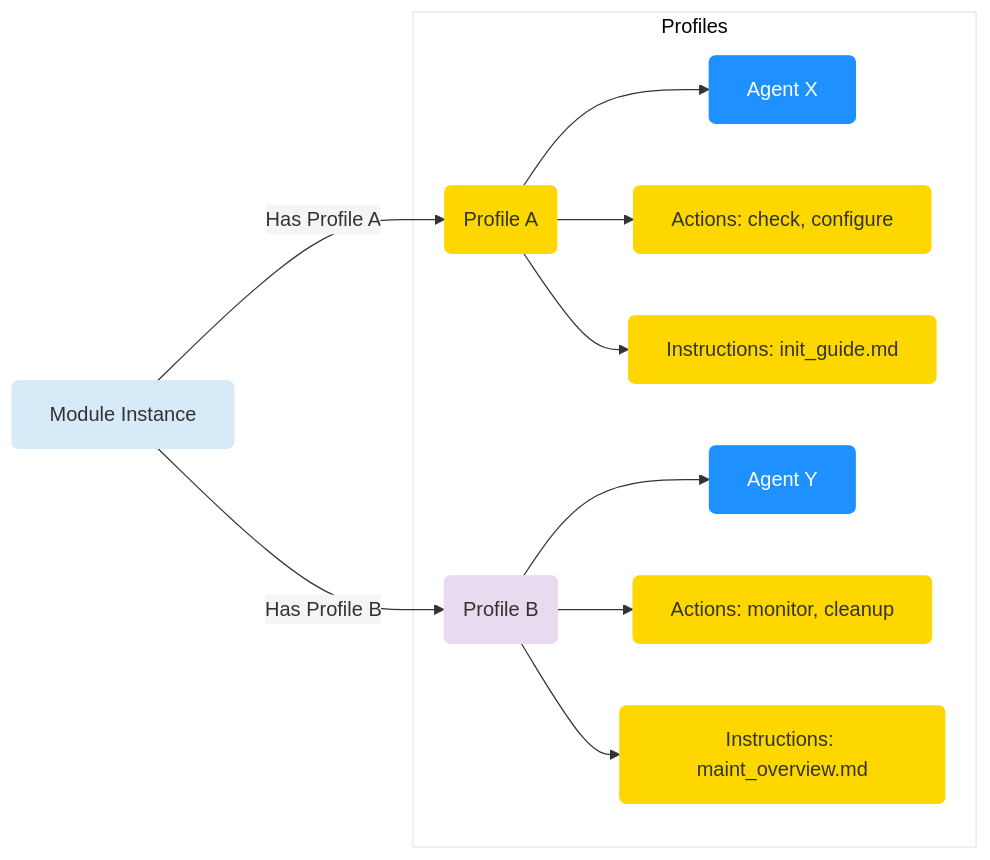
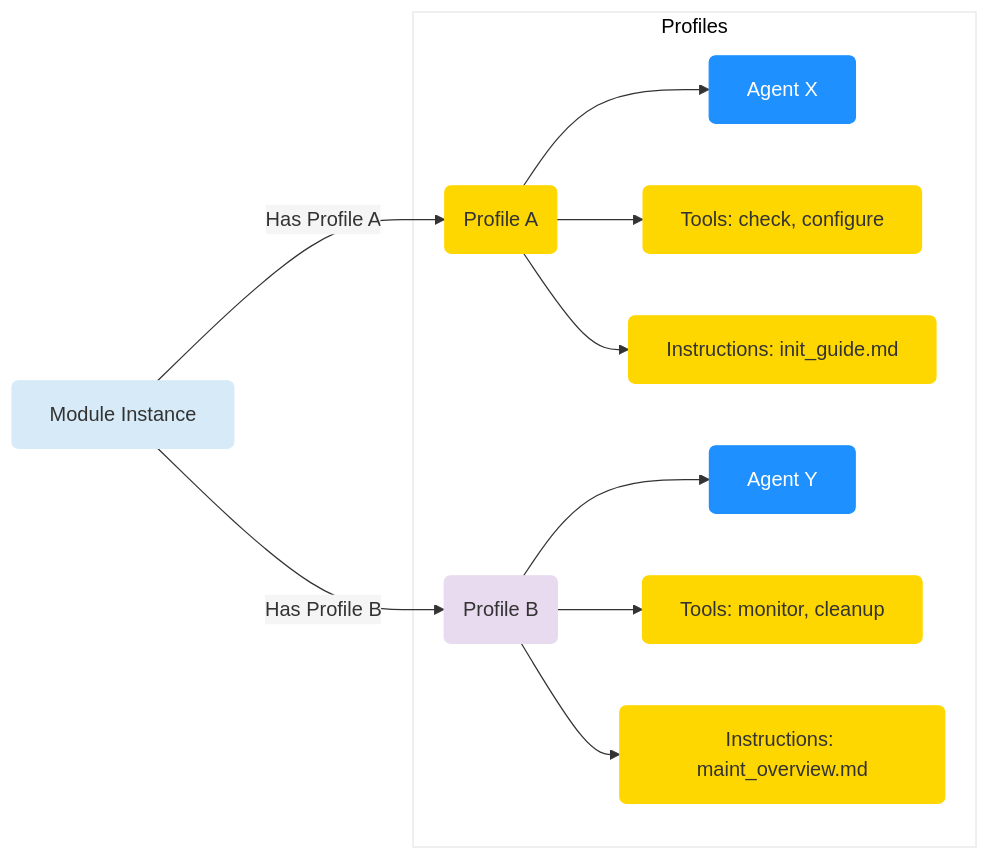
The first of 2 diagrams in docs/content/docs/concepts/profiles-agent.mdx (genbase-project/genbase), drawn with Mermaid before and after one commit. The commit also changed other lines of this file and 55 other files, not shown here.

Commit message:
rename action to tool

````diff
--- a/docs/content/docs/concepts/profiles-agent.mdx
+++ b/docs/content/docs/concepts/profiles-agent.mdx
@@ -25,41 +25,41 @@
 ```mermaid
 %%{init: {
   'theme': 'base',
   'themeVariables': {
     'primaryColor': '#fff',
     'primaryTextColor': '#333',
     'primaryBorderColor': '#ccc',
     'lineColor': '#333',
     'secondaryColor': '#f5f5f5',
     'tertiaryColor': '#fff'
   }
 }}%%
 
 graph LR
     M["Module Instance"] -->|Has Profile A| PA("Profile A")
     M -->|Has Profile B| PB("Profile B")
 
     subgraph "Profiles"
         PA --> AgentA["Agent X"]
-        PA --> ActionsA["Actions: check, configure"]
+        PA --> ToolsA["Tools: check, configure"]
         PA --> InstructionsA["Instructions: init_guide.md"]
 
         PB --> AgentB["Agent Y"]
-        PB --> ActionsB["Actions: monitor, cleanup"]
+        PB --> ToolsB["Tools: monitor, cleanup"]
         PB --> InstructionsB["Instructions: maint_overview.md"]
     end
 
     classDef module fill:#D6EAF8,stroke:#D6EAF8,color:#333,rx:5px,ry:5px
     classDef profileA fill:#FFD700,stroke:#FFD700,color:#333,rx:5px,ry:5px
     classDef profileB fill:#E8DAEF,stroke:#E8DAEF,color:#333,rx:5px,ry:5px
     classDef agent fill:#1E90FF,stroke:#1E90FF,color:white,rx:5px,ry:5px
-    classDef action fill:#FFD700,stroke:#FFD700,color:#333,rx:5px,ry:5px
+    classDef tool fill:#FFD700,stroke:#FFD700,color:#333,rx:5px,ry:5px
     classDef instruction fill:#FFD700,stroke:#FFD700,color:#333,rx:5px,ry:5px
     
     class M module
     class PA profileA
     class PB profileB
     class AgentA,AgentB agent
-    class ActionsA,ActionsB action
+    class ToolsA,ToolsB tool
     class InstructionsA,InstructionsB instruction
 ```
````
